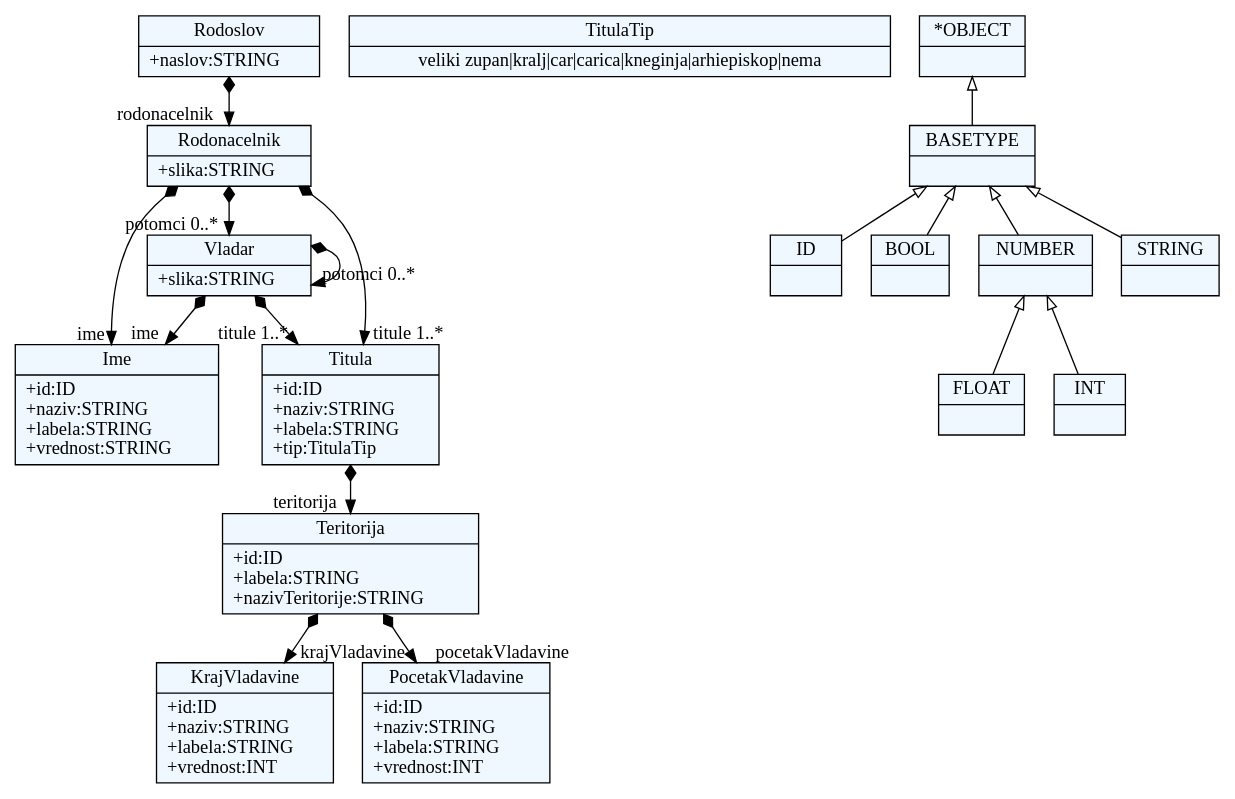
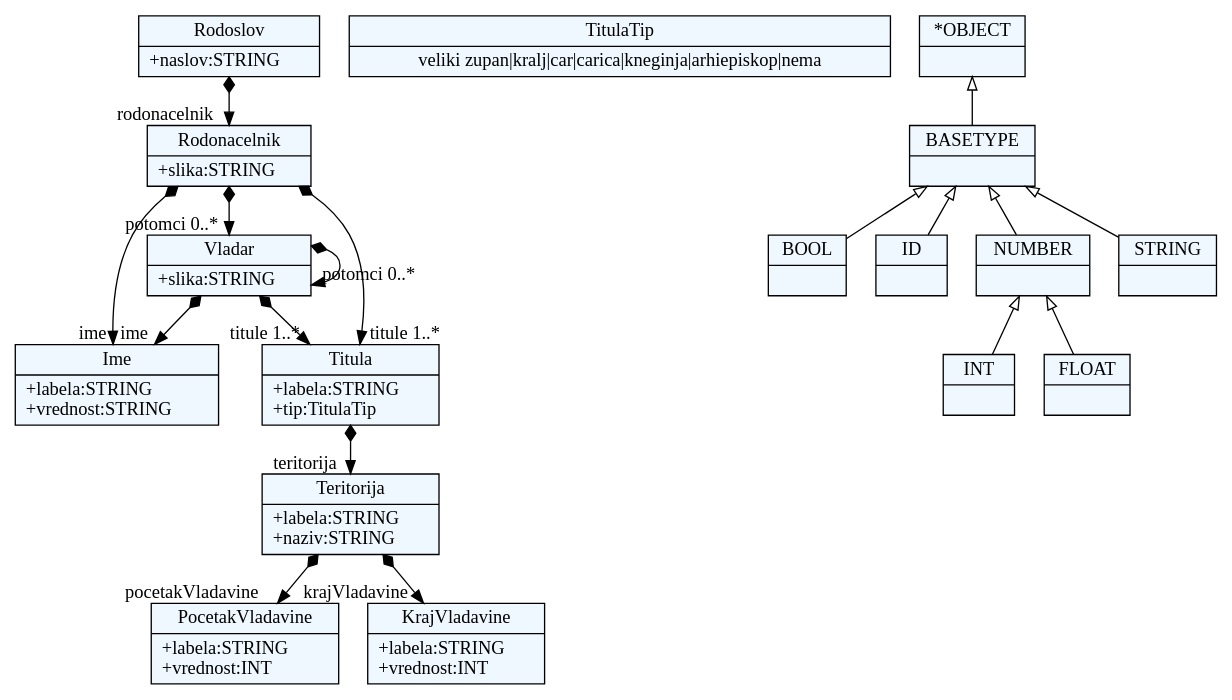
The diagram in Projekat/forms/forms.dot (milenaL9/JSD_2017), drawn with Graphviz before and after one commit. The commit also changed 8 other files, not shown here.

```diff
--- a/Projekat/forms/forms.dot
+++ b/Projekat/forms/forms.dot
@@ -1,66 +1,66 @@
 
     digraph xtext {
     fontname = "Bitstream Vera Sans"
     fontsize = 8
     node[
         shape=record,
         style=filled,
         fillcolor=aliceblue
     ]
     nodesep = 0.3
     edge[dir=black,arrowtail=empty]
 
 
-1410191150408[ label="{Ime|+id:ID\l+naziv:STRING\l+labela:STRING\l+vrednost:STRING\l}"]
+2266499801640 -> 2266499783704[arrowtail=diamond, dir=both, headlabel="ime "]
+2266499801640 -> 2266499779928[arrowtail=diamond, dir=both, headlabel="titule 1..*"]
+2266499801640 -> 2266499801640[arrowtail=diamond, dir=both, headlabel="potomci 0..*"]
+2266499801640[ label="{Vladar|+slika:STRING\l}"]
 
-1410191144744 -> 1410191119256[arrowtail=diamond, dir=both, headlabel="rodonacelnik "]
-1410191144744[ label="{Rodoslov|+naslov:STRING\l}"]
+2266499780872[ label="{PocetakVladavine|+labela:STRING\l+vrednost:INT\l}"]
 
-1410191155128[ label="{KrajVladavine|+id:ID\l+naziv:STRING\l+labela:STRING\l+vrednost:INT\l}"]
+2266499783704[ label="{Ime|+labela:STRING\l+vrednost:STRING\l}"]
 
-1410191119256 -> 1410191150408[arrowtail=diamond, dir=both, headlabel="ime "]
-1410191119256 -> 1410191153240[arrowtail=diamond, dir=both, headlabel="titule 1..*"]
-1410191119256 -> 1410191148520[arrowtail=diamond, dir=both, headlabel="potomci 0..*"]
-1410191119256[ label="{Rodonacelnik|+slika:STRING\l}"]
+2266499811080 -> 2266499780872[arrowtail=diamond, dir=both, headlabel="pocetakVladavine "]
+2266499811080 -> 2266499812968[arrowtail=diamond, dir=both, headlabel="krajVladavine "]
+2266499811080[ label="{Teritorija|+labela:STRING\l+naziv:STRING\l}"]
 
-1410191153240 -> 1410191174008[arrowtail=diamond, dir=both, headlabel="teritorija "]
-1410191153240[ label="{Titula|+id:ID\l+naziv:STRING\l+labela:STRING\l+tip:TitulaTip\l}"]
+2266499806360[ label="{TitulaTip|veliki zupan\|kralj\|car\|carica\|kneginja\|arhiepiskop\|nema}"]
 
-1410191149464[ label="{PocetakVladavine|+id:ID\l+naziv:STRING\l+labela:STRING\l+vrednost:INT\l}"]
+2266499798808 -> 2266499784648[arrowtail=diamond, dir=both, headlabel="rodonacelnik "]
+2266499798808[ label="{Rodoslov|+naslov:STRING\l}"]
 
-1410191148520 -> 1410191150408[arrowtail=diamond, dir=both, headlabel="ime "]
-1410191148520 -> 1410191153240[arrowtail=diamond, dir=both, headlabel="titule 1..*"]
-1410191148520 -> 1410191148520[arrowtail=diamond, dir=both, headlabel="potomci 0..*"]
-1410191148520[ label="{Vladar|+slika:STRING\l}"]
+2266499812968[ label="{KrajVladavine|+labela:STRING\l+vrednost:INT\l}"]
 
-1410191174008 -> 1410191149464[arrowtail=diamond, dir=both, headlabel="pocetakVladavine "]
-1410191174008 -> 1410191155128[arrowtail=diamond, dir=both, headlabel="krajVladavine "]
-1410191174008[ label="{Teritorija|+id:ID\l+labela:STRING\l+nazivTeritorije:STRING\l}"]
+2266499779928 -> 2266499811080[arrowtail=diamond, dir=both, headlabel="teritorija "]
+2266499779928[ label="{Titula|+labela:STRING\l+tip:TitulaTip\l}"]
 
-1410191156072[ label="{TitulaTip|veliki zupan\|kralj\|car\|carica\|kneginja\|arhiepiskop\|nema}"]
+2266499784648 -> 2266499783704[arrowtail=diamond, dir=both, headlabel="ime "]
+2266499784648 -> 2266499779928[arrowtail=diamond, dir=both, headlabel="titule 1..*"]
+2266499784648 -> 2266499801640[arrowtail=diamond, dir=both, headlabel="potomci 0..*"]
+2266499784648[ label="{Rodonacelnik|+slika:STRING\l}"]
 
-1410191124920[ label="{*OBJECT|}"]
-1410191124920 -> 1410191141912 [dir=back]
+2266499796920[ label="{BOOL|}"]
 
-1410191137192[ label="{ID|}"]
+2266499781816[ label="{INT|}"]
 
-1410191146632[ label="{BOOL|}"]
+2266499799752[ label="{FLOAT|}"]
 
-1410191140024[ label="{NUMBER|}"]
-1410191140024 -> 1410191120200 [dir=back]
-1410191140024 -> 1410191147576 [dir=back]
+2266498591624[ label="{ID|}"]
 
-1410191147576[ label="{INT|}"]
+2266499809192[ label="{NUMBER|}"]
+2266499809192 -> 2266499799752 [dir=back]
+2266499809192 -> 2266499781816 [dir=back]
 
-1410191120200[ label="{FLOAT|}"]
+2266499805416[ label="{BASETYPE|}"]
+2266499805416 -> 2266499809192 [dir=back]
+2266499805416 -> 2266499796920 [dir=back]
+2266499805416 -> 2266498591624 [dir=back]
+2266499805416 -> 2266498594456 [dir=back]
 
-1410191141912[ label="{BASETYPE|}"]
-1410191141912 -> 1410191140024 [dir=back]
-1410191141912 -> 1410191146632 [dir=back]
-1410191141912 -> 1410191137192 [dir=back]
-1410191141912 -> 1410191138136 [dir=back]
+2266499797864[ label="{*OBJECT|}"]
+2266499797864 -> 2266499805416 [dir=back]
 
-1410191138136[ label="{STRING|}"]
+2266498594456[ label="{STRING|}"]
 
 
 }
```
